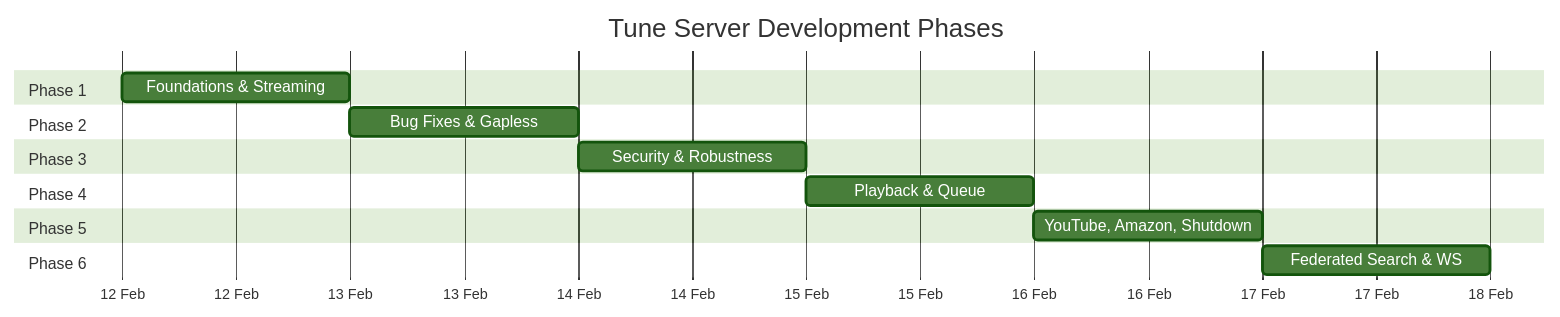
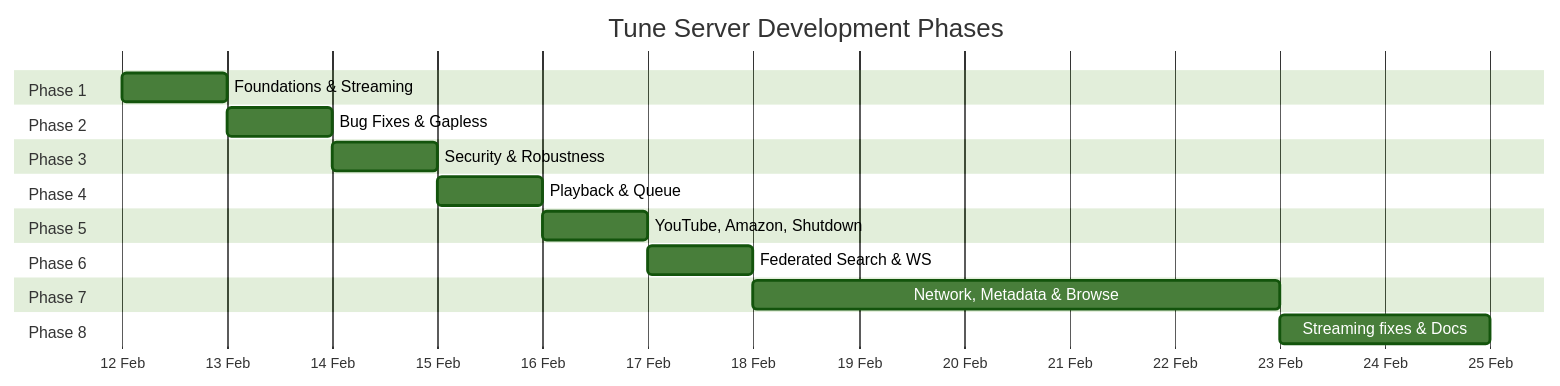
One commit to renesenses/tune-server-linux changed the first of 2 diagrams in docs/project/index.md. Above: the diagram before and after it, drawn with Mermaid (forest theme). The commit also changed other lines of this file and 7 other files, not shown here.

````diff
--- a/docs/project/index.md
+++ b/docs/project/index.md
@@ -20,19 +20,23 @@
 ```mermaid
 gantt
     title Tune Server Development Phases
     dateFormat YYYY-MM-DD
     axisFormat %d %b
 
     section Phase 1
     Foundations & Streaming     :p1, 2026-02-12, 1d
     section Phase 2
     Bug Fixes & Gapless         :p2, after p1, 1d
     section Phase 3
     Security & Robustness       :p3, after p2, 1d
     section Phase 4
     Playback & Queue            :p4, after p3, 1d
     section Phase 5
     YouTube, Amazon, Shutdown   :p5, after p4, 1d
     section Phase 6
     Federated Search & WS       :p6, after p5, 1d
+    section Phase 7
+    Network, Metadata & Browse  :p7, after p6, 5d
+    section Phase 8
+    Streaming fixes & Docs      :p8, after p7, 2d
 ```
````
